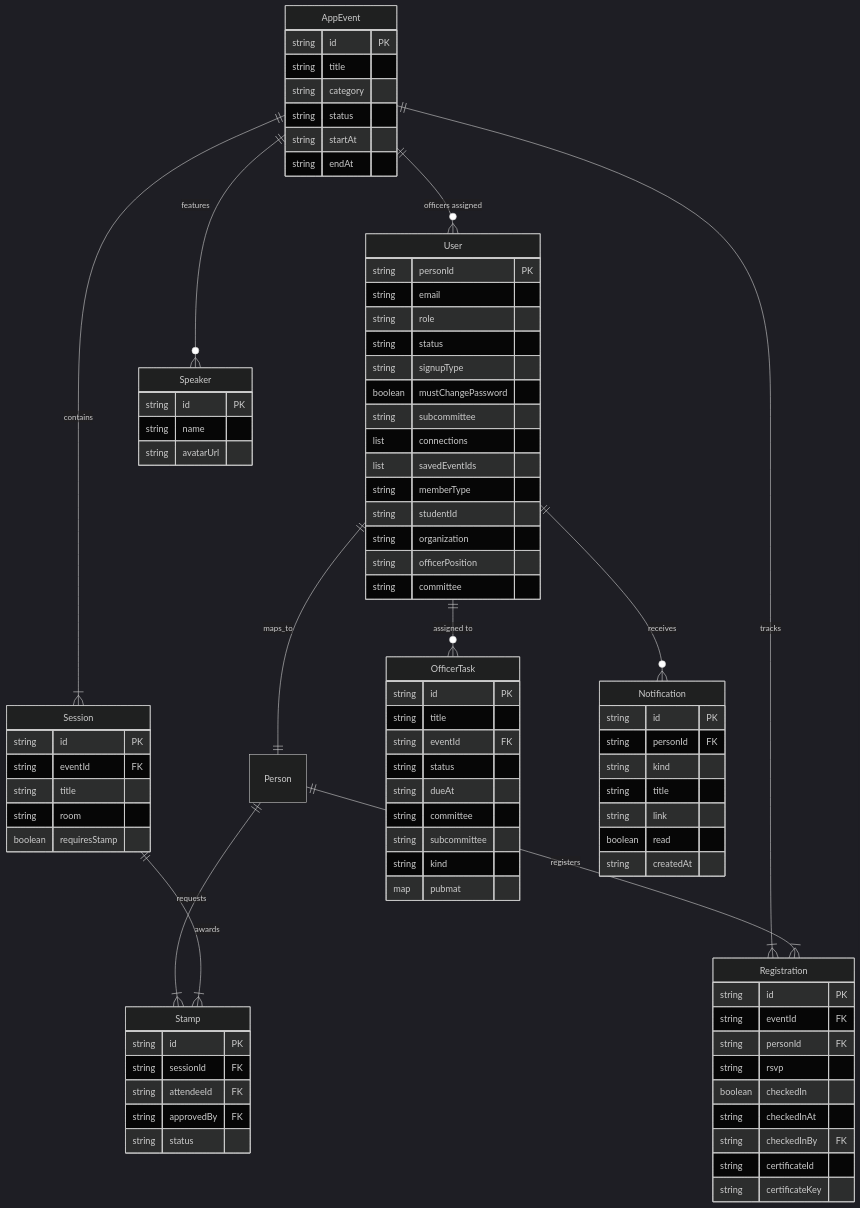
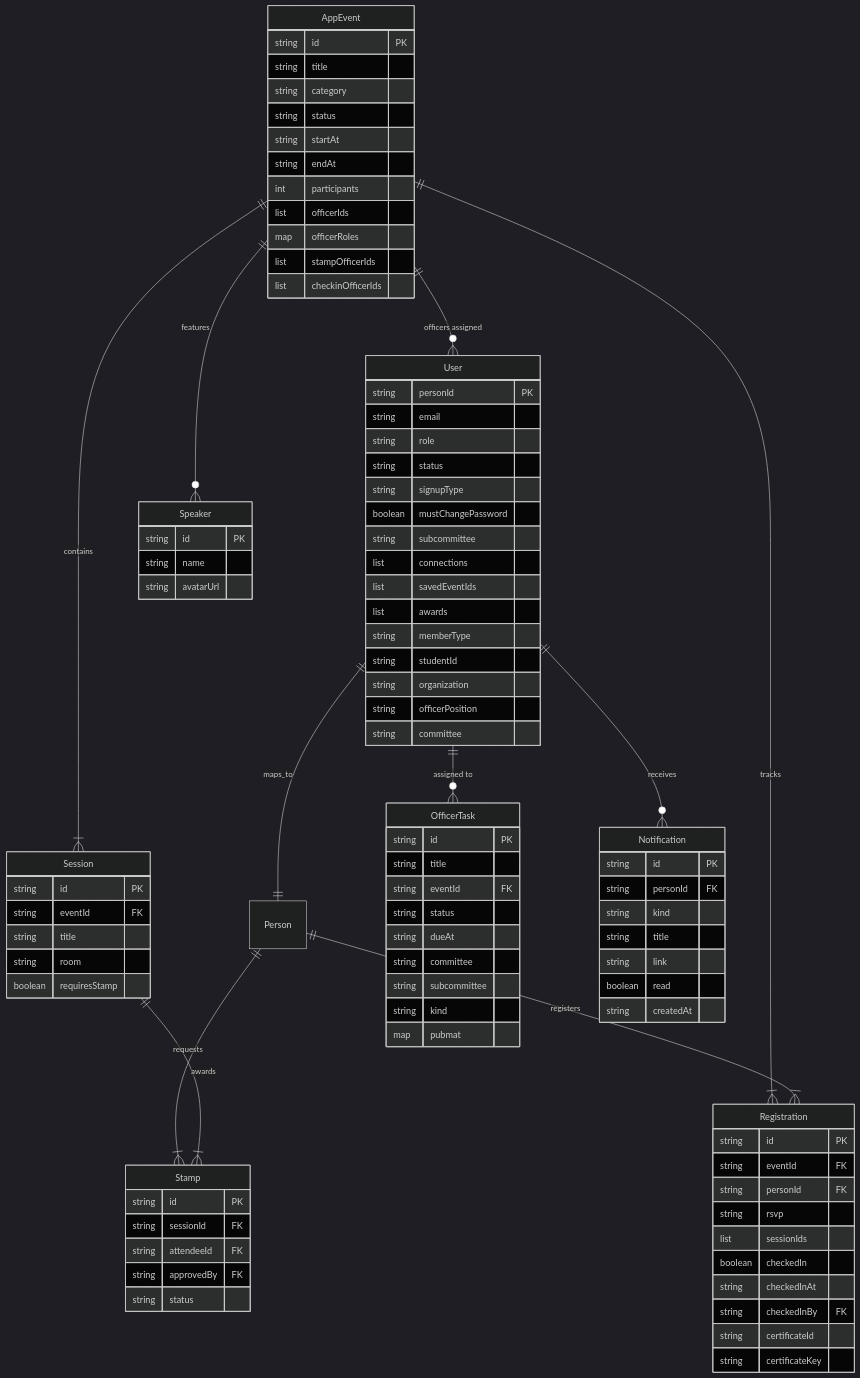
The third of 3 diagrams in ARCHITECTURE.md (mochatakahashi/aws-event-tracker-app), drawn with Mermaid (dark theme) before and after one commit. The commit also changed other lines of this file and 40 other files, not shown here.

Commit message:
feat: per-session attendance picks, event staff permissions for stamps and check-in, officer badges

```diff
--- a/ARCHITECTURE.md
+++ b/ARCHITECTURE.md
@@ -230,6 +232,11 @@
         string status
         string startAt
         string endAt
+        int participants
+        list officerIds
+        map officerRoles
+        list stampOfficerIds
+        list checkinOfficerIds
     }
 
     Session {
@@ -258,6 +265,7 @@
         string subcommittee
         list connections
         list savedEventIds
+        list awards
         string memberType
         string studentId
         string organization
@@ -282,6 +290,7 @@
         string eventId FK
         string personId FK
         string rsvp
+        list sessionIds
         boolean checkedIn
         string checkedInAt
         string checkedInBy FK
```
